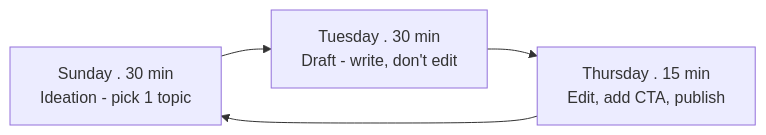
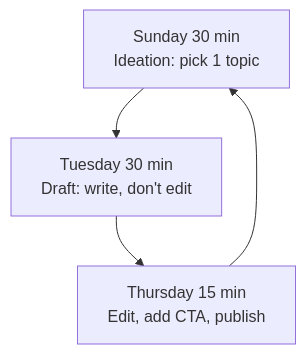
One commit to leotansingapore/aia-product-compass-hub changed the first of 2 diagrams in docs/first-60-days/week-7/day-41.md. Above: the diagram before and after it, drawn with Mermaid. The commit also changed other lines of this file and 56 other files, not shown here.

Commit message:
Readability pass across first-60-days: styled HTML to tables/diagrams, cleaner formatting, no leaked metadata

````diff
--- a/docs/first-60-days/week-7/day-41.md
+++ b/docs/first-60-days/week-7/day-41.md
@@ -48,7 +48,7 @@
 ```mermaid
-flowchart LR
-    A["Sunday . 30 min<br/>Ideation - pick 1 topic"]
-    B["Tuesday . 30 min<br/>Draft - write, don't edit"]
-    C["Thursday . 15 min<br/>Edit, add CTA, publish"]
+flowchart TD
+    A["Sunday 30 min<br/>Ideation: pick 1 topic"]
+    B["Tuesday 30 min<br/>Draft: write, don't edit"]
+    C["Thursday 15 min<br/>Edit, add CTA, publish"]
     A --> B --> C --> A
 ```
````
